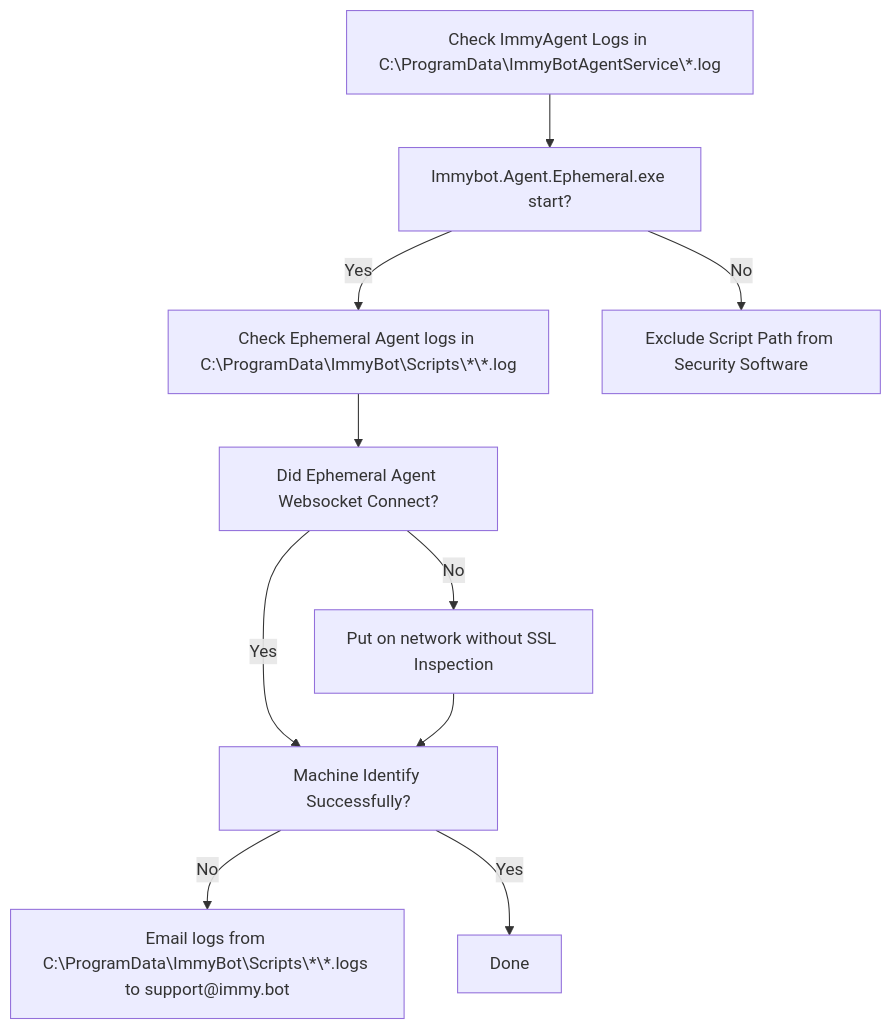
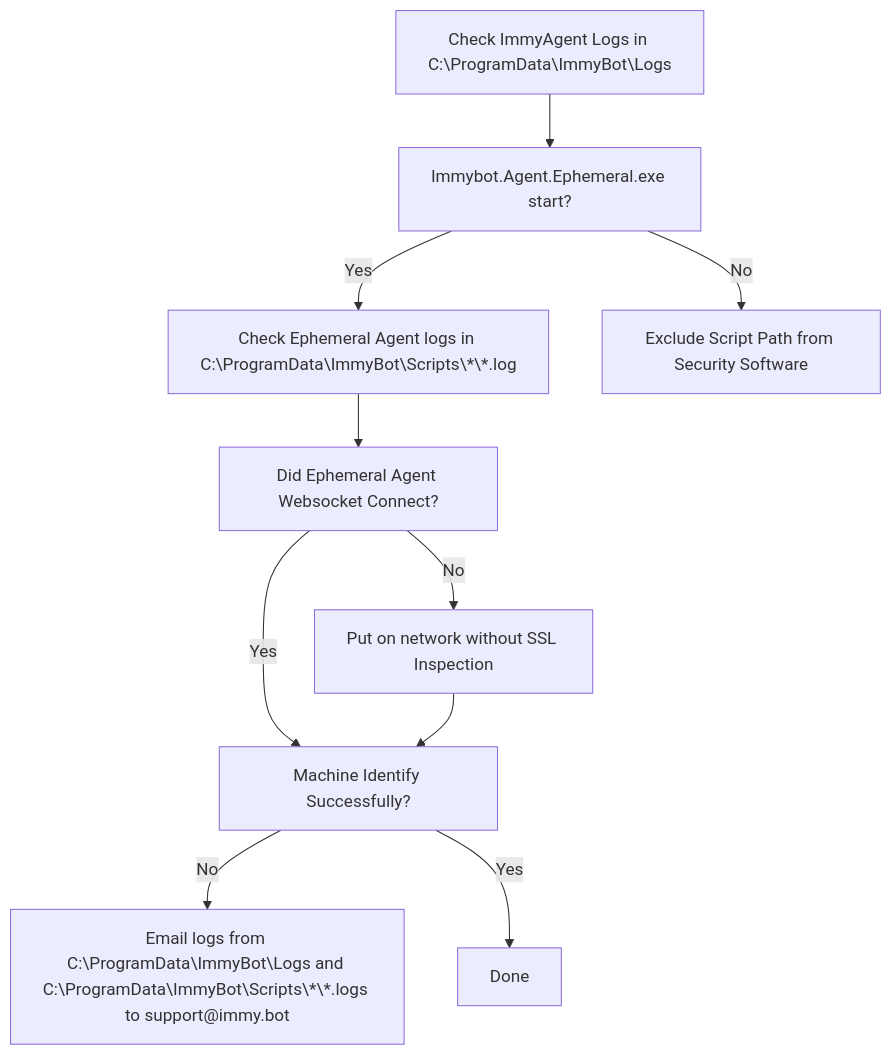
Before and after one commit to immense/immybot-documentation: diagram 11 of 12 in src/README.md, drawn with Mermaid. The commit also changed other lines of this file, not shown here.

Commit message:
Updated pending computers flowchart

````diff
--- a/src/README.md
+++ b/src/README.md
@@ -563,13 +563,13 @@
 ```mermaid
 graph TD
-    CheckImmyAgentLogs[Check ImmyAgent Logs in C:\ProgramData\ImmyBotAgentService\*.log] --> DidEphemeralAgentStart[Immybot.Agent.Ephemeral.exe start?]
+    CheckImmyAgentLogs[Check ImmyAgent Logs in C:\ProgramData\ImmyBot\Logs] --> DidEphemeralAgentStart[Immybot.Agent.Ephemeral.exe start?]
     DidEphemeralAgentStart --> |Yes|CheckEphemeralAgentLogs[Check Ephemeral Agent logs in C:\ProgramData\ImmyBot\Scripts\*\*.log]
     DidEphemeralAgentStart --> |No|BlockedBySecuritySoftware[Exclude Script Path from Security Software]
     CheckEphemeralAgentLogs --> EphemeralAgentConnect[Did Ephemeral Agent Websocket Connect?]
     EphemeralAgentConnect -->|Yes|DidSuccessfullyIdentifyAfterFix
     EphemeralAgentConnect --> |No|TryNoSSLInspect[Put on network without SSL Inspection]
     TryNoSSLInspect --> DidSuccessfullyIdentifyAfterFix[Ephemeral Agent Connect After Fix?]
     DidSuccessfullyIdentifyAfterFix[Machine Identify Successfully?] --> |No|EmailSupport
     DidSuccessfullyIdentifyAfterFix[Machine Identify Successfully?] --> |Yes|Done
-    EmailSupport["Email logs from C:\ProgramData\ImmyBot\Scripts\*\*.logs to support@immy.bot"]
+    EmailSupport["Email logs from C:\ProgramData\ImmyBot\Logs and C:\ProgramData\ImmyBot\Scripts\*\*.logs to support@immy.bot"]
 ```
````
